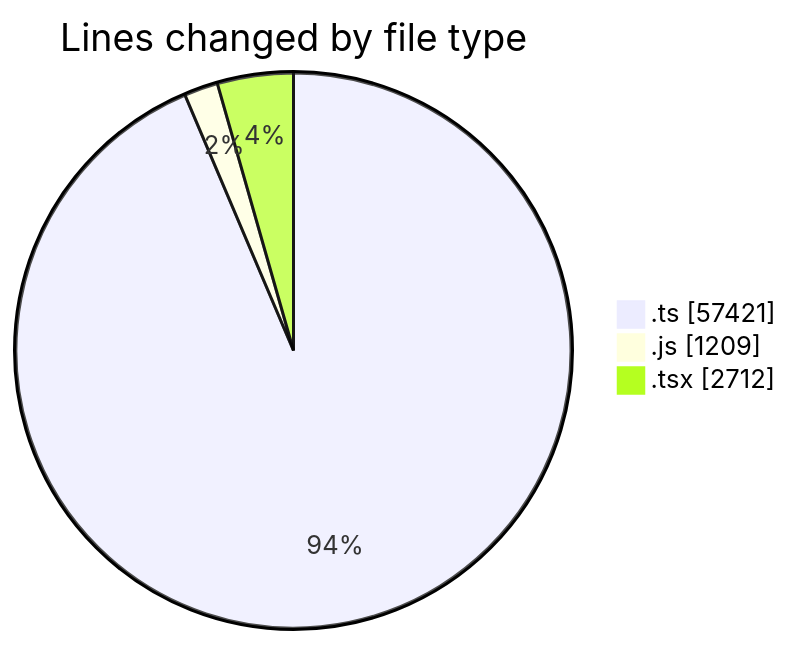
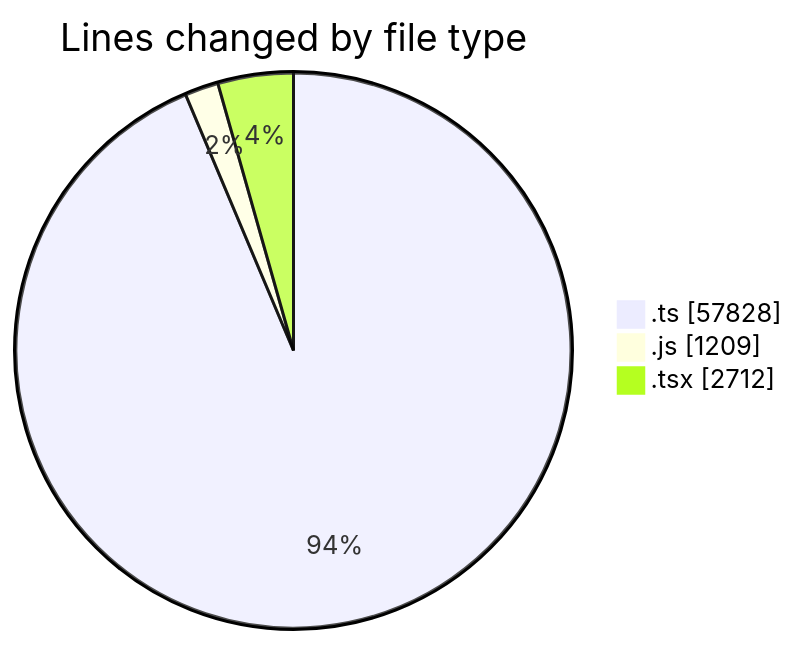
Before and after one commit to momahboobian/code-tracking: the first of 2 diagrams in 2026-11-03/cda/README.md, drawn with Mermaid. The commit also changed other lines of this file and 1 other file, not shown here.

````diff
--- a/2026-11-03/cda/README.md
+++ b/2026-11-03/cda/README.md
@@ -51,7 +52,7 @@
 ```mermaid
 pie showData
 title Lines changed by file type
-".ts" : 57421
+".ts" : 57828
 ".js" : 1209
 ".tsx" : 2712
 ```
````
